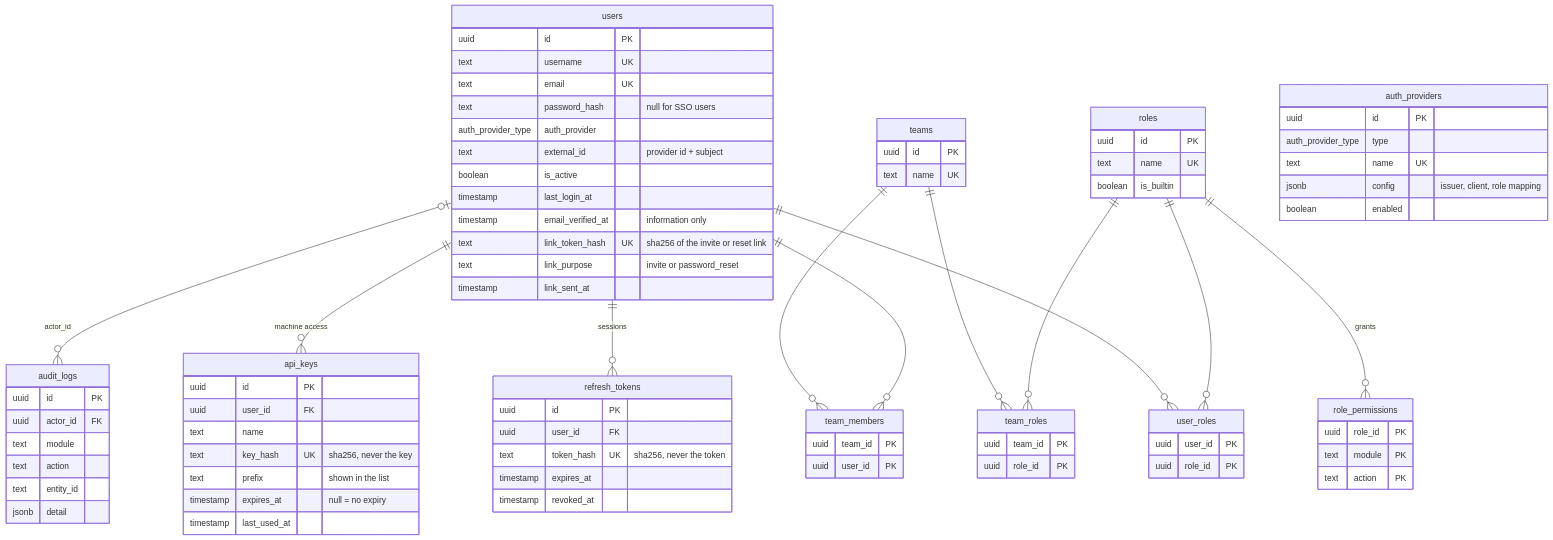
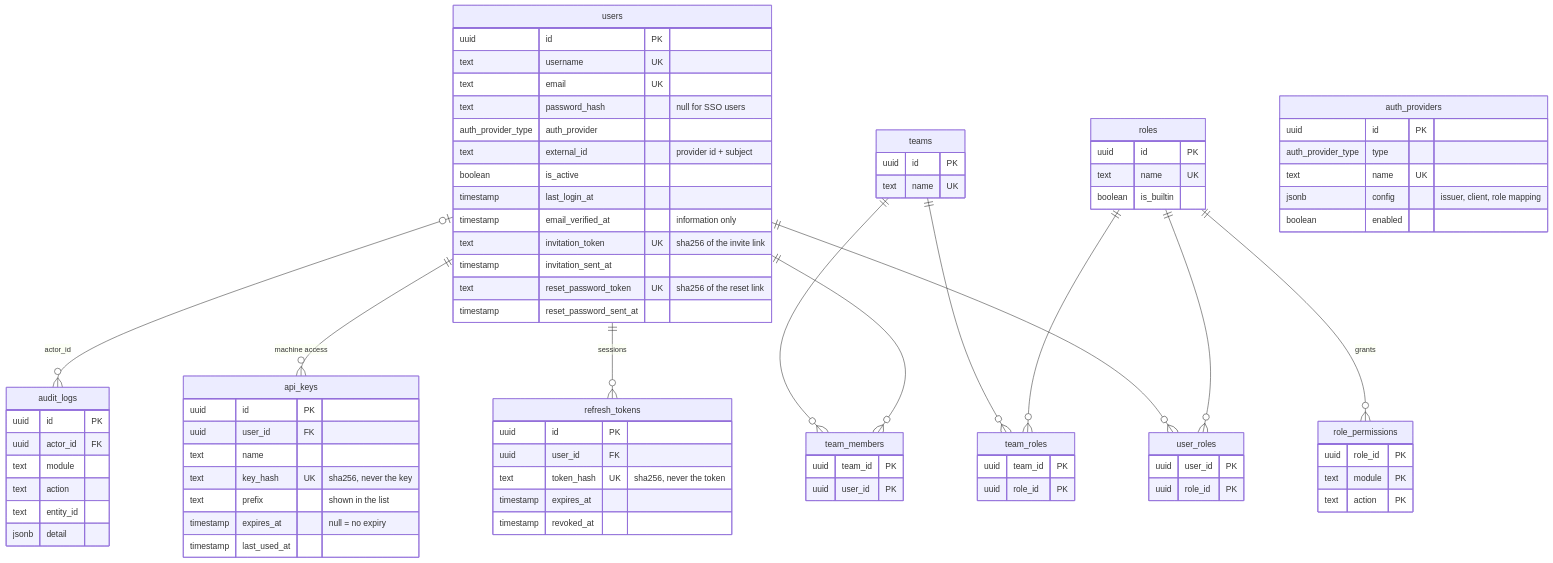
Before and after one commit to yuudev14/workflow: the third of 5 diagrams in docs/database.md, drawn with Mermaid. The commit also changed 8 other files, not shown here.

```diff
--- a/docs/database.md
+++ b/docs/database.md
@@ -142,9 +142,10 @@
         boolean is_active
         timestamp last_login_at
         timestamp email_verified_at "information only"
-        text link_token_hash UK "sha256 of the invite or reset link"
-        text link_purpose "invite or password_reset"
-        timestamp link_sent_at
+        text invitation_token UK "sha256 of the invite link"
+        timestamp invitation_sent_at
+        text reset_password_token UK "sha256 of the reset link"
+        timestamp reset_password_sent_at
     }
     roles {
         uuid id PK
```
